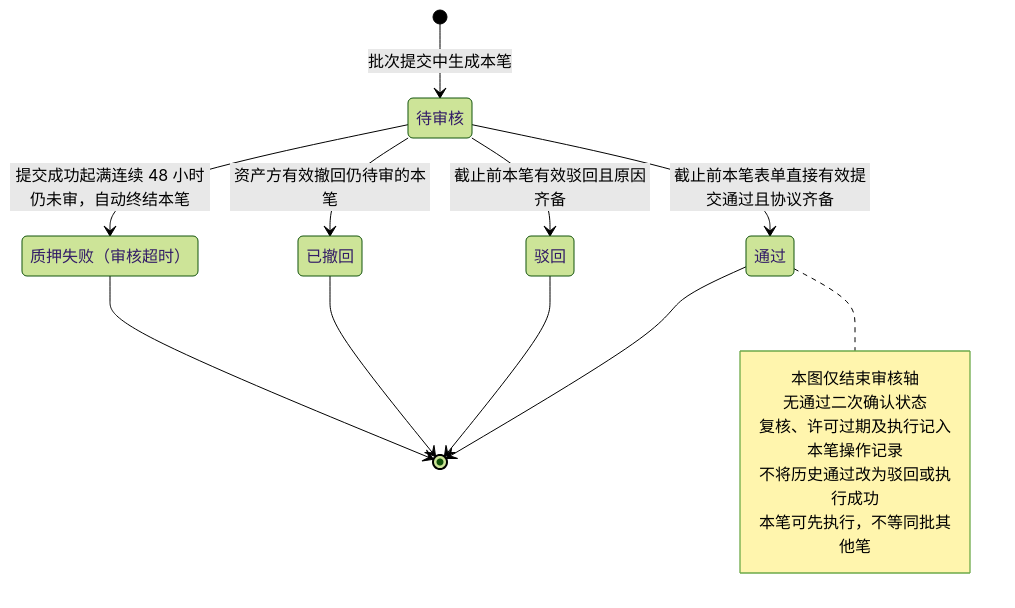
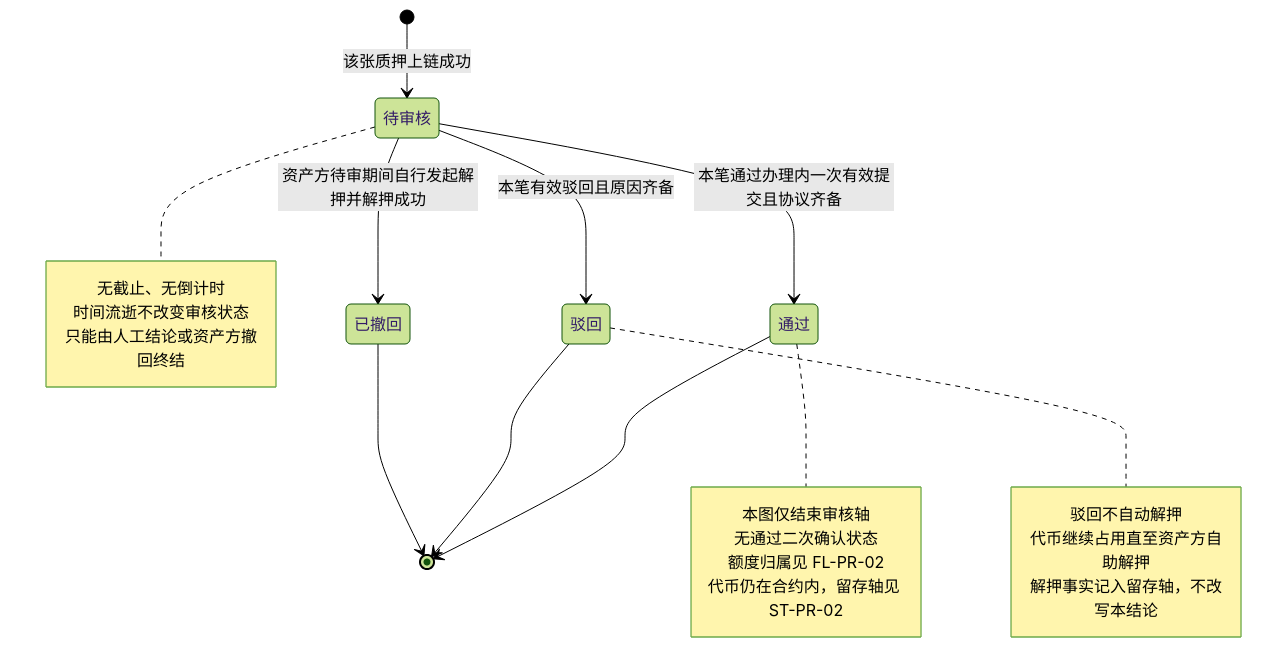
One commit to wxblockchain/Chain-Financing changed the fifth of 6 diagrams in lending-platform/PRD/v1.0-代币质押审核/02-代币质押审核-流程图与状态机.md. Above: the diagram before and after it, drawn with Mermaid (forest theme). The commit also changed other lines of this file and 4 other files, not shown here.

````diff
--- a/lending-platform/PRD/v1.0-代币质押审核/02-代币质押审核-流程图与状态机.md
+++ b/lending-platform/PRD/v1.0-代币质押审核/02-代币质押审核-流程图与状态机.md
@@ -130,24 +136,30 @@
 ```mermaid
 stateDiagram-v2
   state "待审核" as Pending
   state "通过" as Approved
   state "驳回" as Rejected
   state "已撤回" as Withdrawn
-  state "质押失败（审核超时）" as Timeout
-  [*] --> Pending: 批次提交中生成本笔
-  Pending --> Approved: 截止前本笔表单直接有效提交通过且协议齐备
-  Pending --> Rejected: 截止前本笔有效驳回且原因齐备
-  Pending --> Withdrawn: 资产方有效撤回仍待审的本笔
-  Pending --> Timeout: 提交成功起满连续 48 小时仍未审，自动终结本笔
+  [*] --> Pending: 该张质押上链成功
+  Pending --> Approved: 本笔通过办理内一次有效提交且协议齐备
+  Pending --> Rejected: 本笔有效驳回且原因齐备
+  Pending --> Withdrawn: 资产方待审期间自行发起解押并解押成功
   Approved --> [*]
   Rejected --> [*]
   Withdrawn --> [*]
-  Timeout --> [*]
+  note right of Pending
+    无截止、无倒计时
+    时间流逝不改变审核状态
+    只能由人工结论或资产方撤回终结
+  end note
   note right of Approved
     本图仅结束审核轴
     无通过二次确认状态
-    复核、许可过期及执行记入本笔操作记录
-    不将历史通过改为驳回或执行成功
-    本笔可先执行，不等同批其他笔
+    额度归属见 FL-PR-02
+    代币仍在合约内，留存轴见 ST-PR-02
+  end note
+  note right of Rejected
+    驳回不自动解押
+    代币继续占用直至资产方自助解押
+    解押事实记入留存轴，不改写本结论
   end note
 ```
````
